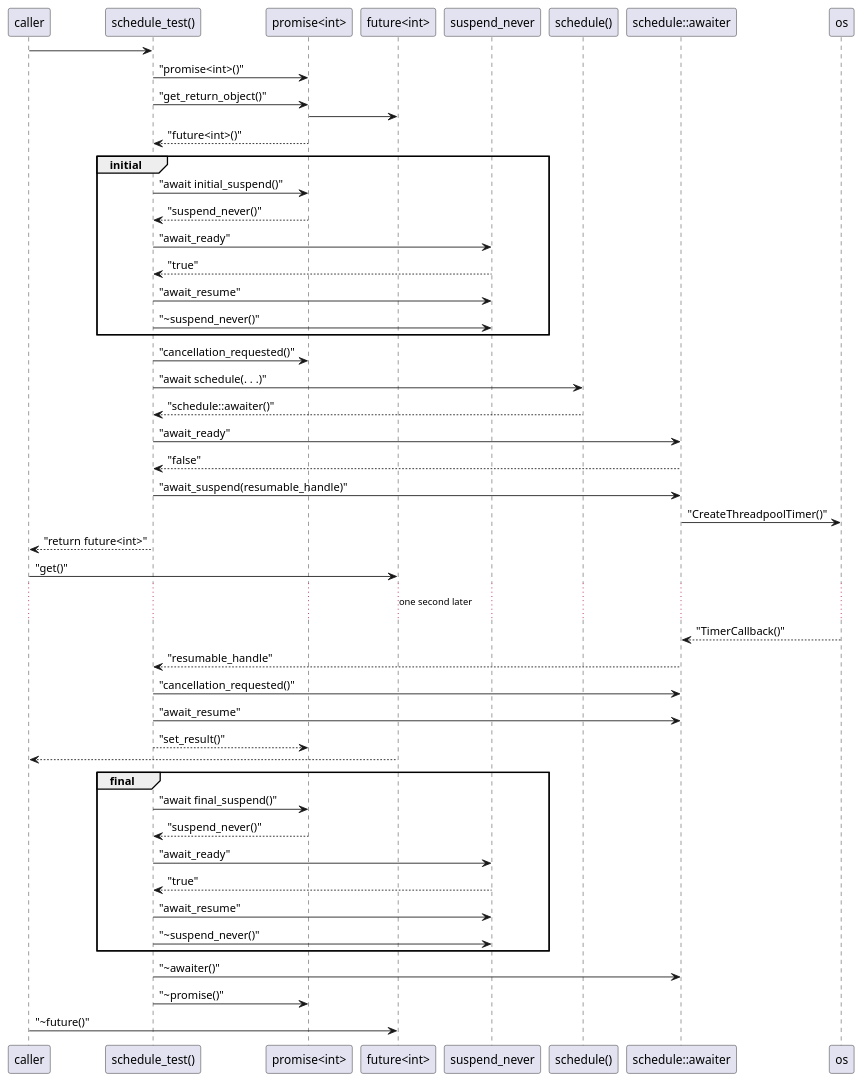
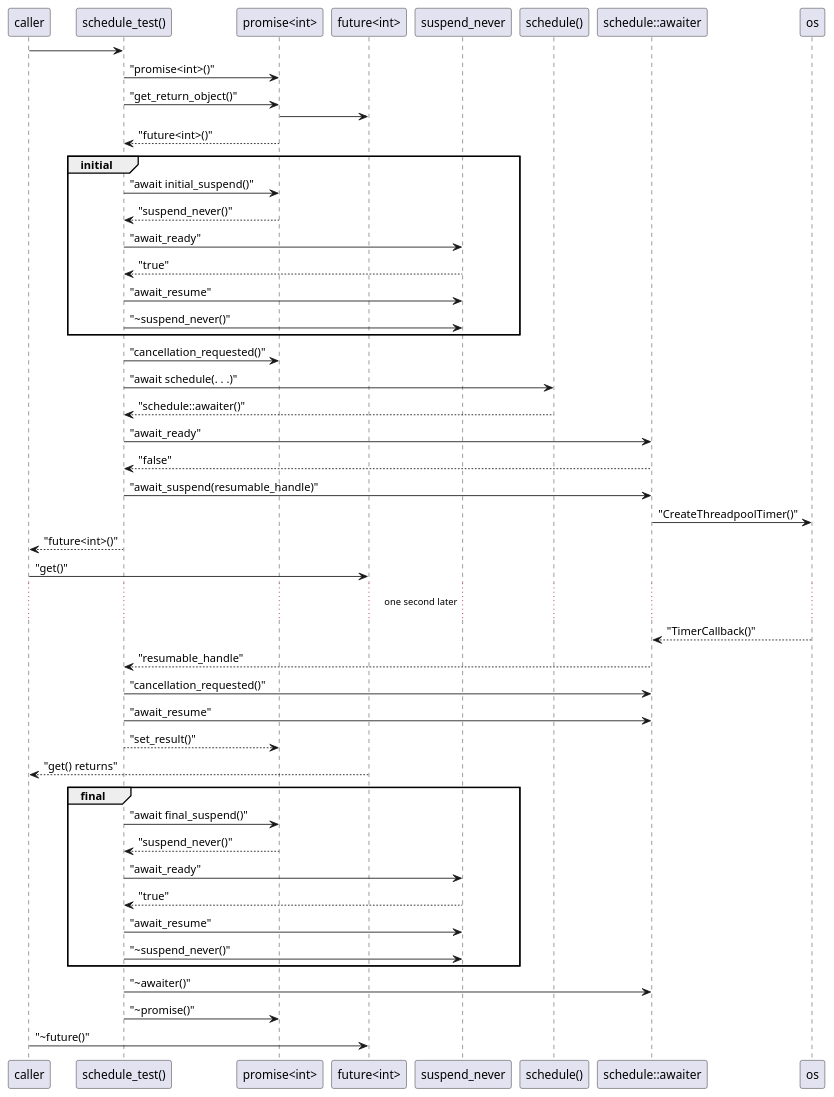
One commit to xbanks/kirkshoop.github.io changed the diagram in _posts/2015-03-13-await-in-c++-await-the-future.markdown. Above: the diagram before and after it, drawn with PlantUML. The commit also changed 3 other files, not shown here.

```diff
--- a/_posts/2015-03-13-await-in-c++-await-the-future.markdown
+++ b/_posts/2015-03-13-await-in-c++-await-the-future.markdown
@@ -100,42 +100,42 @@
 {% plantuml %}
 "caller" -> "schedule_test()" 
 "schedule_test()" -> "promise<int>": "promise<int>()"
 "schedule_test()" -> "promise<int>": "get_return_object()"
 "promise<int>" -> "future<int>"
 "schedule_test()" <-- "promise<int>": "future<int>()"
 group initial
   "schedule_test()" -> "promise<int>": "await initial_suspend()"
   "schedule_test()" <-- "promise<int>": "suspend_never()"
   "schedule_test()" -> "suspend_never": "await_ready"
   "schedule_test()" <-- "suspend_never": "true"
   "schedule_test()" -> "suspend_never": "await_resume"
   "schedule_test()" -> "suspend_never": "~suspend_never()"
 end
 "schedule_test()" -> "promise<int>": "cancellation_requested()"
 "schedule_test()" -> "schedule()": "await schedule(. . .)"
 "schedule_test()" <-- "schedule()": "schedule::awaiter()"
 "schedule_test()" -> "schedule::awaiter": "await_ready"
 "schedule_test()" <-- "schedule::awaiter": "false"
 "schedule_test()" -> "schedule::awaiter": "await_suspend(resumable_handle)"
 "schedule::awaiter" -> "os": "CreateThreadpoolTimer()"
-"caller" <-- "schedule_test()": "return future<int>"
+"caller" <-- "schedule_test()": "future<int>()"
 "caller" -> "future<int>" : "get()"
 ... one second later ...
 "schedule::awaiter" <-- "os": "TimerCallback()"
 "schedule_test()" <-- "schedule::awaiter": "resumable_handle"
 "schedule_test()" -> "schedule::awaiter": "cancellation_requested()"
 "schedule_test()" -> "schedule::awaiter": "await_resume"
 "promise<int>"  <-- "schedule_test()": "set_result()"
-"caller" <-- "future<int>" 
+"caller" <-- "future<int>" : "get() returns"
 group final
   "schedule_test()" -> "promise<int>": "await final_suspend()"
   "schedule_test()" <-- "promise<int>": "suspend_never()"
   "schedule_test()" -> "suspend_never": "await_ready"
   "schedule_test()" <-- "suspend_never": "true"
   "schedule_test()" -> "suspend_never": "await_resume"
   "schedule_test()" -> "suspend_never": "~suspend_never()"
 end
 "schedule_test()" -> "schedule::awaiter": "~awaiter()"
 "schedule_test()" -> "promise<int>": "~promise()"
 "caller" -> "future<int>": "~future()" 
 {% endplantuml %}
```
